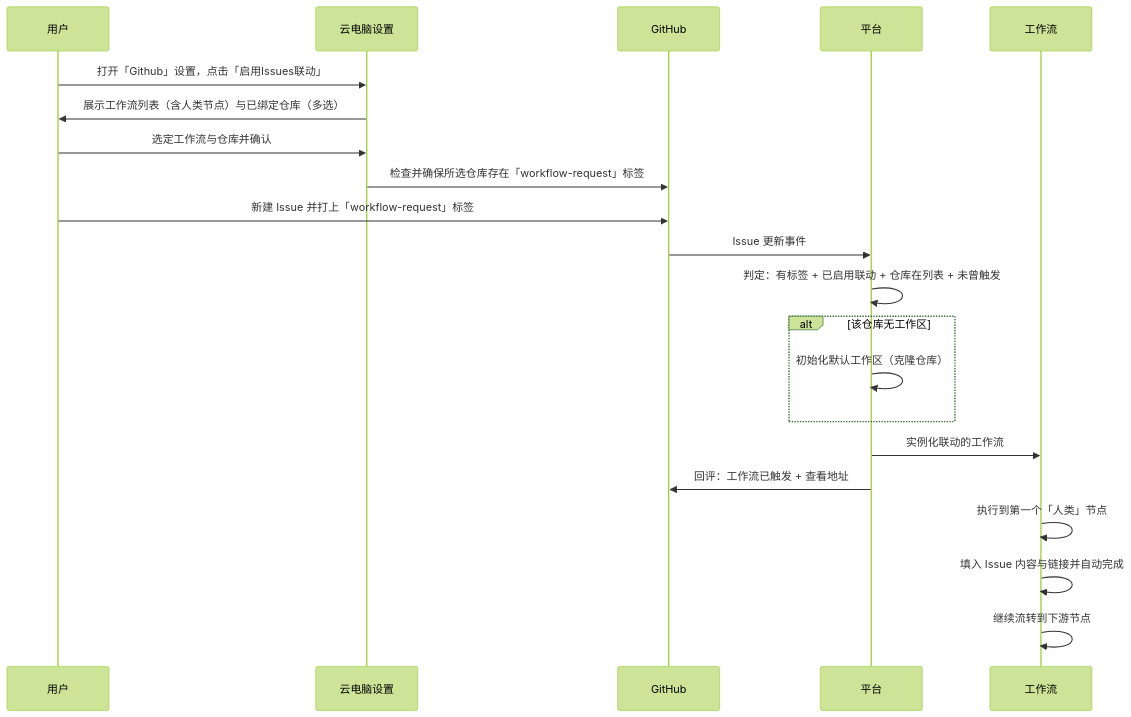
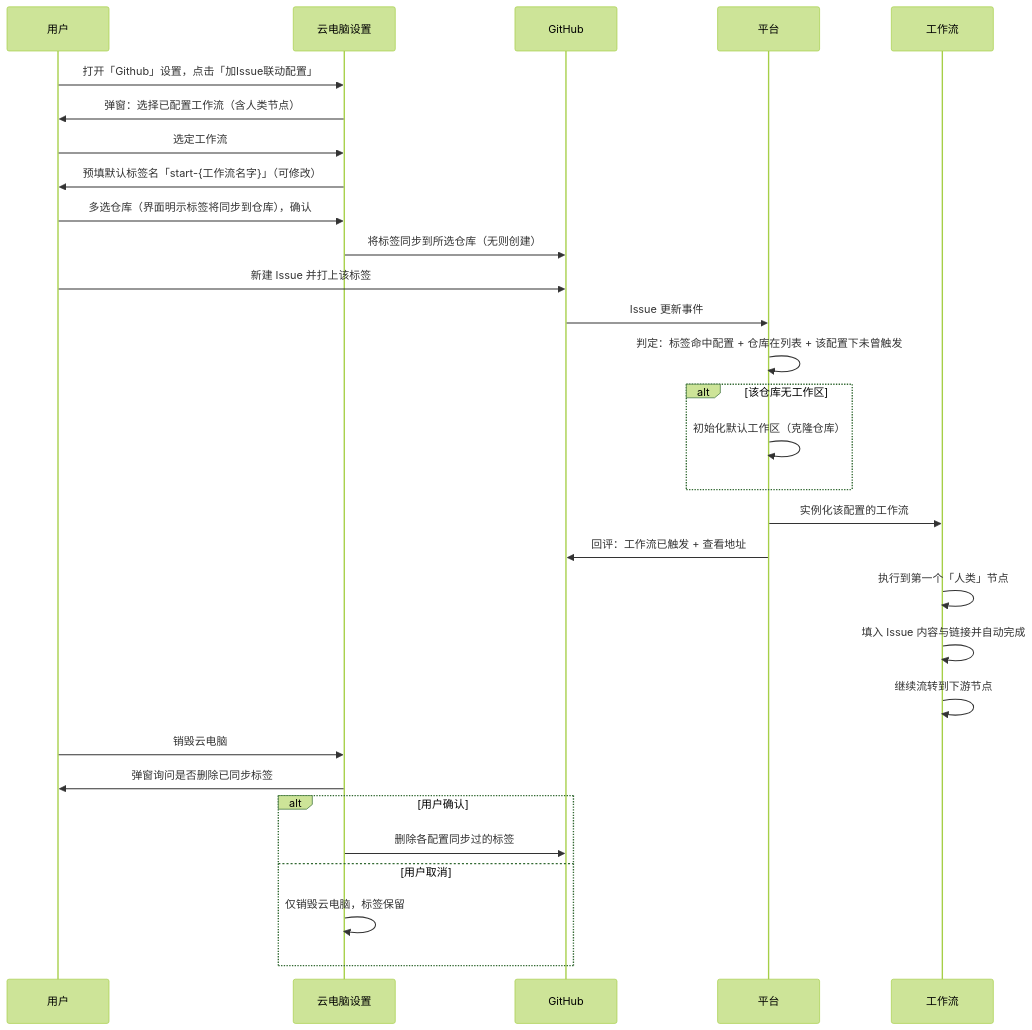
One commit to Deliay/z-agent-gear changed the first of 2 diagrams in docs/product/draft/20261025-github-issues-workflow.md. Above: the diagram before and after it, drawn with Mermaid (forest theme). The commit also changed other lines of this file and 3 other files, not shown here.

Commit message:
docs: 按评审意见修订——启用联动改为联动配置列表（自定义标签 start-{工作流名字}、显式同步、销毁云电脑清理标签）

````diff
--- a/docs/product/draft/20261025-github-issues-workflow.md
+++ b/docs/product/draft/20261025-github-issues-workflow.md
@@ -124,24 +151,33 @@
 ```mermaid
 sequenceDiagram
     participant U as 用户
     participant C as 云电脑设置
     participant GH as GitHub
     participant P as 平台
     participant W as 工作流
 
-    U->>C: 打开「Github」设置，点击「启用Issues联动」
-    C->>U: 展示工作流列表（含人类节点）与已绑定仓库（多选）
-    U->>C: 选定工作流与仓库并确认
-    C->>GH: 检查并确保所选仓库存在「workflow-request」标签
-    U->>GH: 新建 Issue 并打上「workflow-request」标签
+    U->>C: 打开「Github」设置，点击「加Issue联动配置」
+    C->>U: 弹窗：选择已配置工作流（含人类节点）
+    U->>C: 选定工作流
+    C->>U: 预填默认标签名「start-{工作流名字}」（可修改）
+    U->>C: 多选仓库（界面明示标签将同步到仓库），确认
+    C->>GH: 将标签同步到所选仓库（无则创建）
+    U->>GH: 新建 Issue 并打上该标签
     GH->>P: Issue 更新事件
-    P->>P: 判定：有标签 + 已启用联动 + 仓库在列表 + 未曾触发
+    P->>P: 判定：标签命中配置 + 仓库在列表 + 该配置下未曾触发
     alt 该仓库无工作区
         P->>P: 初始化默认工作区（克隆仓库）
     end
-    P->>W: 实例化联动的工作流
+    P->>W: 实例化该配置的工作流
     P->>GH: 回评：工作流已触发 + 查看地址
     W->>W: 执行到第一个「人类」节点
     W->>W: 填入 Issue 内容与链接并自动完成
     W->>W: 继续流转到下游节点
+    U->>C: 销毁云电脑
+    C->>U: 弹窗询问是否删除已同步标签
+    alt 用户确认
+        C->>GH: 删除各配置同步过的标签
+    else 用户取消
+        C->>C: 仅销毁云电脑，标签保留
+    end
 ```
````
